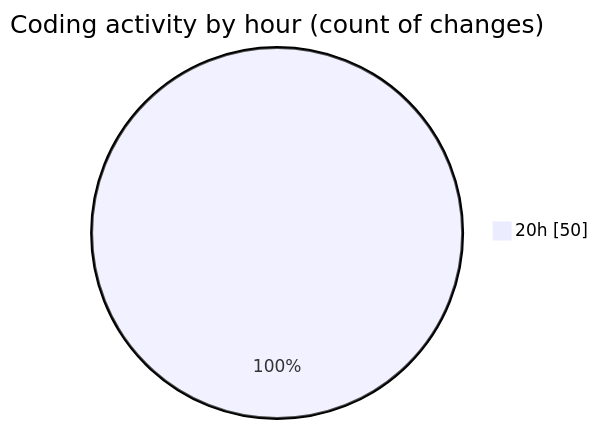
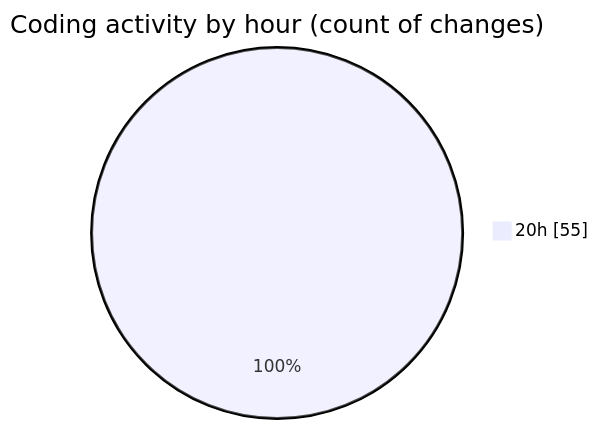
Before and after one commit to Netris89/code-tracking: the second of 2 diagrams in 2025-05-08/date/README.md, drawn with Mermaid. The commit also changed other lines of this file and 1 other file, not shown here.

````diff
--- a/2025-05-08/date/README.md
+++ b/2025-05-08/date/README.md
@@ -32,5 +34,5 @@
 ```mermaid
 pie showData
 title Coding activity by hour (count of changes)
-"20h" : 50
+"20h" : 55
 ```
````
